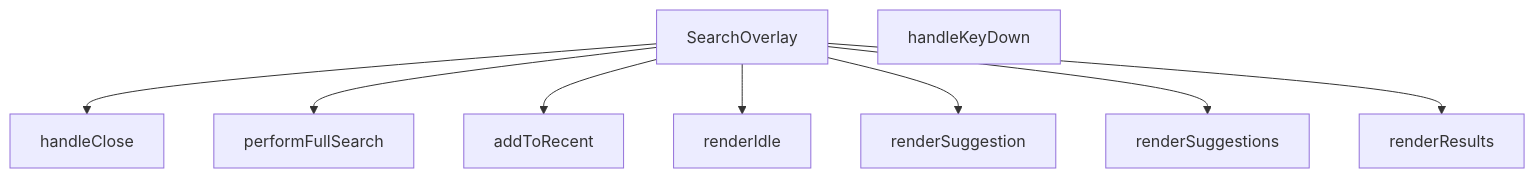
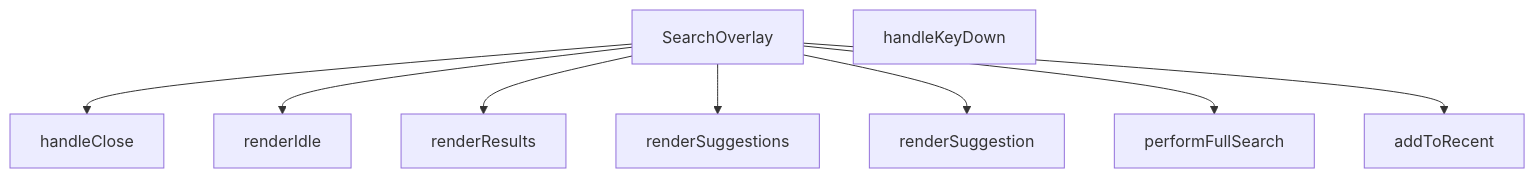
The diagram in src/components/SearchOverlay.md (peckop/venthub-hvac-esite), drawn with Mermaid before and after one commit. The commit also changed other lines of this file and 723 other files, not shown here.

````diff
--- a/src/components/SearchOverlay.md
+++ b/src/components/SearchOverlay.md
@@ -298,19 +300,19 @@
 ```mermaid
 graph TD
     SearchOverlay_tsx__SearchOverlay["SearchOverlay"]
     SearchOverlay_tsx__addToRecent["addToRecent"]
     SearchOverlay_tsx__handleClose["handleClose"]
     SearchOverlay_tsx__handleKeyDown["handleKeyDown"]
     SearchOverlay_tsx__performFullSearch["performFullSearch"]
     SearchOverlay_tsx__renderIdle["renderIdle"]
     SearchOverlay_tsx__renderResults["renderResults"]
     SearchOverlay_tsx__renderSuggestion["renderSuggestion"]
     SearchOverlay_tsx__renderSuggestions["renderSuggestions"]
     SearchOverlay_tsx__SearchOverlay --> SearchOverlay_tsx__handleClose
+    SearchOverlay_tsx__SearchOverlay --> SearchOverlay_tsx__renderIdle
+    SearchOverlay_tsx__SearchOverlay --> SearchOverlay_tsx__renderResults
+    SearchOverlay_tsx__SearchOverlay --> SearchOverlay_tsx__renderSuggestions
+    SearchOverlay_tsx__SearchOverlay --> SearchOverlay_tsx__renderSuggestion
     SearchOverlay_tsx__SearchOverlay --> SearchOverlay_tsx__performFullSearch
     SearchOverlay_tsx__SearchOverlay --> SearchOverlay_tsx__addToRecent
-    SearchOverlay_tsx__SearchOverlay --> SearchOverlay_tsx__renderIdle
-    SearchOverlay_tsx__SearchOverlay --> SearchOverlay_tsx__renderSuggestion
-    SearchOverlay_tsx__SearchOverlay --> SearchOverlay_tsx__renderSuggestions
-    SearchOverlay_tsx__SearchOverlay --> SearchOverlay_tsx__renderResults
 ```
````
